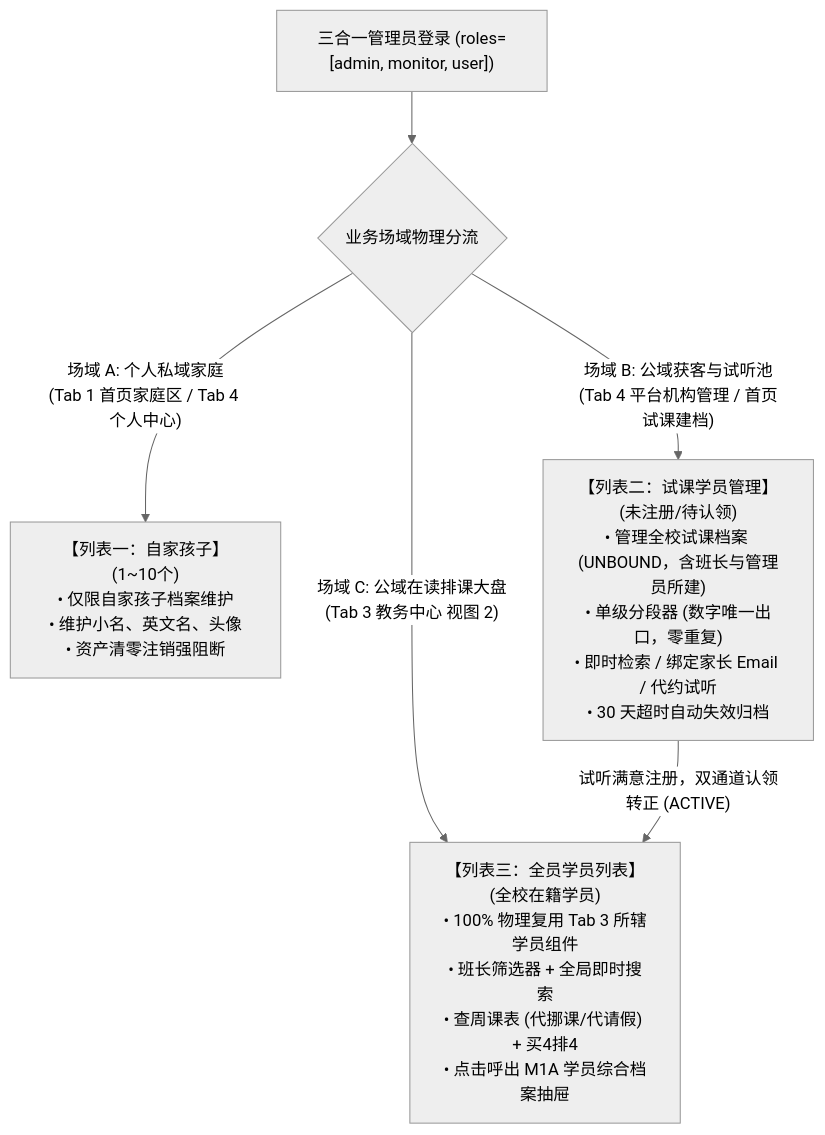
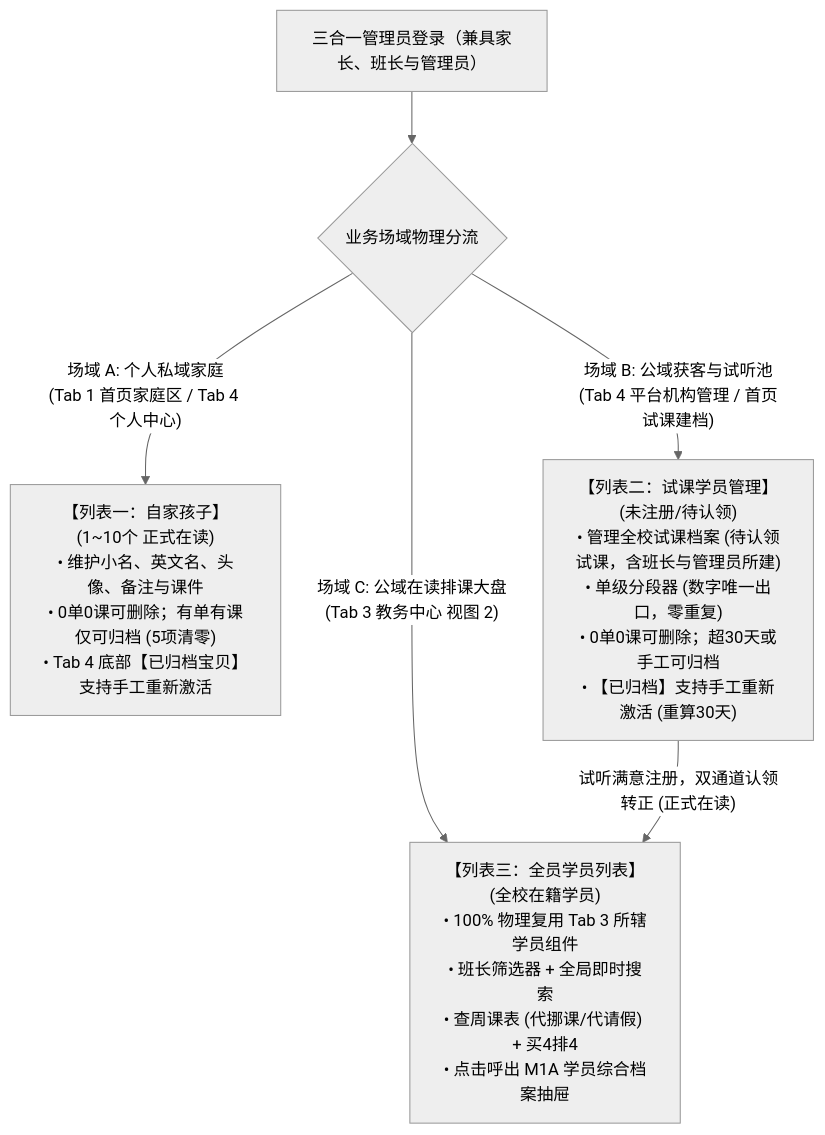
The fifth of 6 diagrams in docs/prd/m1a_student_profile.md (Onezao/dream), drawn with Mermaid (neutral theme) before and after one commit. The commit also changed other lines of this file and 38 other files, not shown here.

````diff
--- a/docs/prd/m1a_student_profile.md
+++ b/docs/prd/m1a_student_profile.md
@@ -149,12 +162,12 @@
 ```mermaid
 flowchart TD
-    AdminUser["三合一管理员登录 (roles=[admin, monitor, user])"] --> SplitField{"业务场域物理分流"}
+    AdminUser["三合一管理员登录（兼具家长、班长与管理员）"] --> SplitField{"业务场域物理分流"}
     
-    SplitField -->|"场域 A: 个人私域家庭<br/>(Tab 1 首页家庭区 / Tab 4 个人中心)"| L1["【列表一：自家孩子】(1~10个)<br/>• 仅限自家孩子档案维护<br/>• 维护小名、英文名、头像<br/>• 资产清零注销强阻断"]
+    SplitField -->|"场域 A: 个人私域家庭<br/>(Tab 1 首页家庭区 / Tab 4 个人中心)"| L1["【列表一：自家孩子】(1~10个 正式在读)<br/>• 维护小名、英文名、头像、备注与课件<br/>• 0单0课可删除；有单有课仅可归档 (5项清零)<br/>• Tab 4 底部【已归档宝贝】支持手工重新激活"]
     
-    SplitField -->|"场域 B: 公域获客与试听池<br/>(Tab 4 平台机构管理 / 首页试课建档)"| L2["【列表二：试课学员管理】(未注册/待认领)<br/>• 管理全校试课档案 (UNBOUND，含班长与管理员所建)<br/>• 单级分段器 (数字唯一出口，零重复)<br/>• 即时检索 / 绑定家长 Email / 代约试听<br/>• 30 天超时自动失效归档"]
+    SplitField -->|"场域 B: 公域获客与试听池<br/>(Tab 4 平台机构管理 / 首页试课建档)"| L2["【列表二：试课学员管理】(未注册/待认领)<br/>• 管理全校试课档案 (待认领试课，含班长与管理员所建)<br/>• 单级分段器 (数字唯一出口，零重复)<br/>• 0单0课可删除；超30天或手工可归档<br/>• 【已归档】支持手工重新激活 (重算30天)"]
     
     SplitField -->|"场域 C: 公域在读排课大盘<br/>(Tab 3 教务中心 视图 2)"| L3["【列表三：全员学员列表】(全校在籍学员)<br/>• 100% 物理复用 Tab 3 所辖学员组件<br/>• 班长筛选器 + 全局即时搜索<br/>• 查周课表 (代挪课/代请假) + 买4排4<br/>• 点击呼出 M1A 学员综合档案抽屉"]
     
-    L2 -->|"试听满意注册，双通道认领转正 (ACTIVE)"| L3
+    L2 -->|"试听满意注册，双通道认领转正 (正式在读)"| L3
 ```
````
